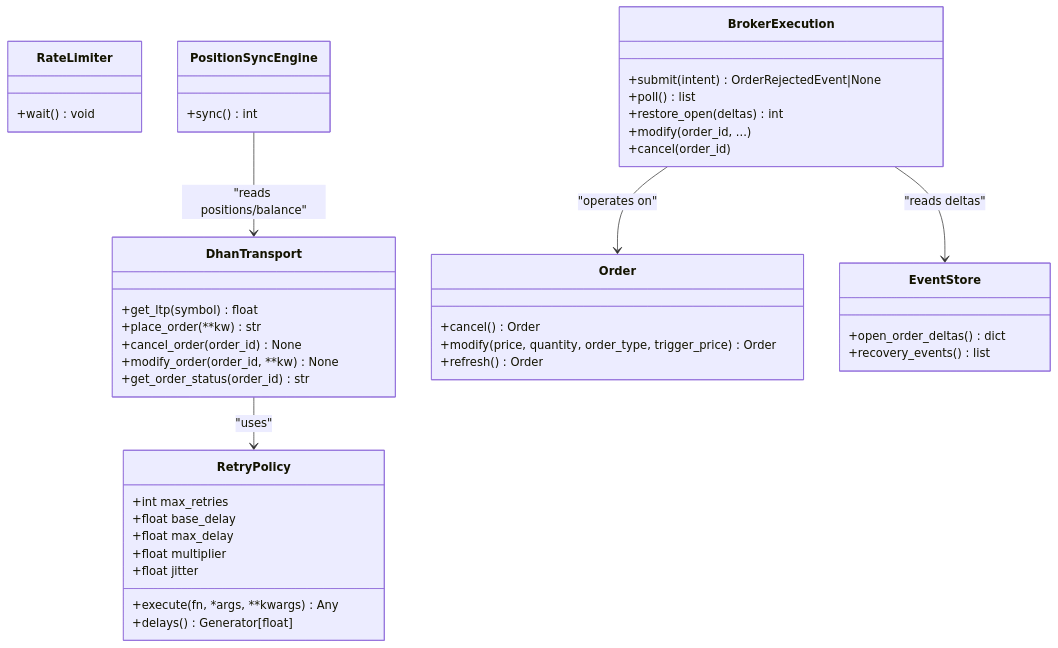
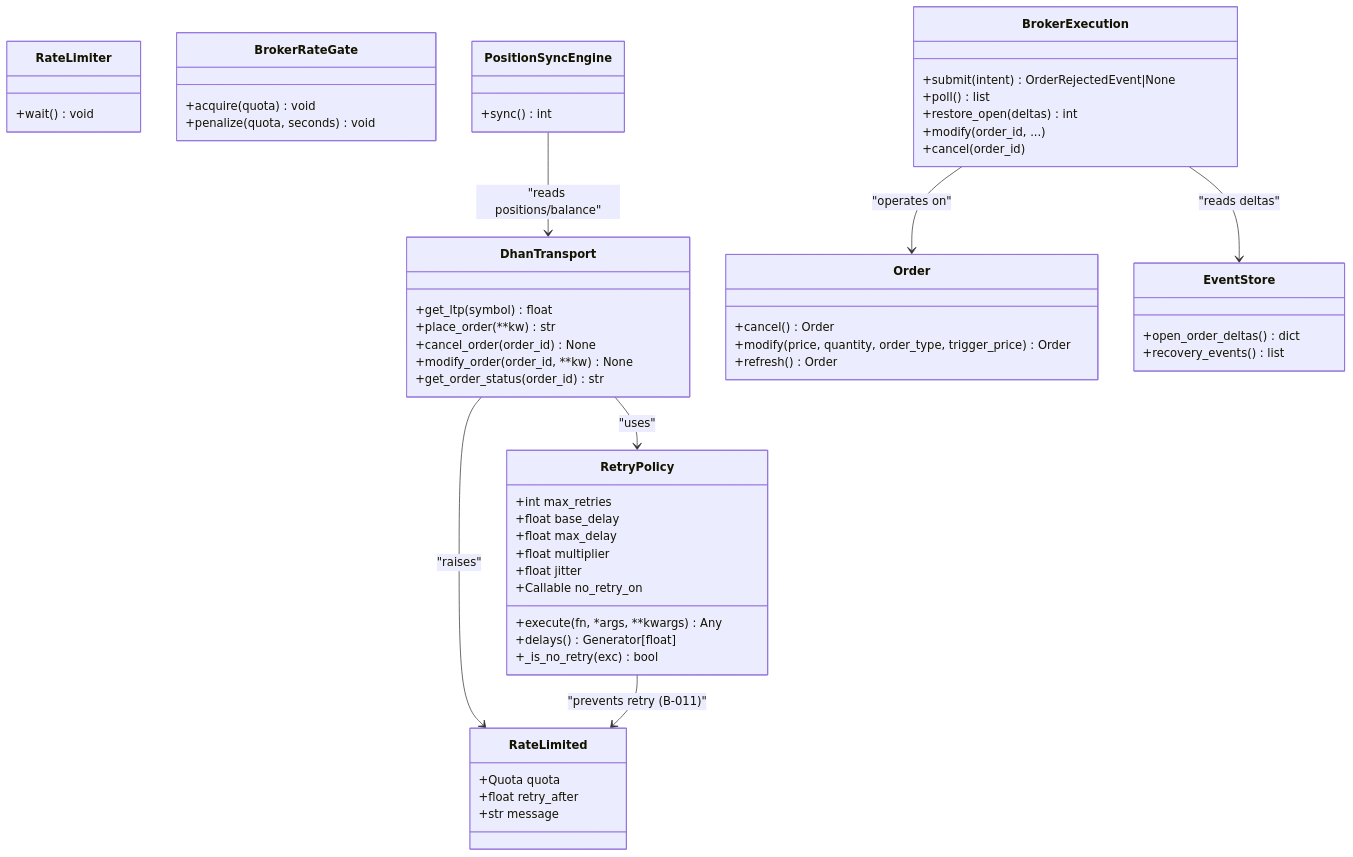
Before and after one commit to Ganesh-Kusundal/nTrade: the third of 3 diagrams in .qoder/repowiki/en/content/Order Management/Retry Logic & Idempotent Operations.md, drawn with Mermaid. The commit also changed other lines of this file and 203 other files, not shown here.

First line of the commit message:
review findings sweep: depth retry, LTP failure guard, stale-refresh fix, rate-gate blocked heuristic

````diff
--- a/.qoder/repowiki/en/content/Order Management/Retry Logic & Idempotent Operations.md
+++ b/.qoder/repowiki/en/content/Order Management/Retry Logic & Idempotent Operations.md
@@ -299,45 +377,58 @@
 ```mermaid
 classDiagram
 class RetryPolicy {
 +int max_retries
 +float base_delay
 +float max_delay
 +float multiplier
 +float jitter
++Callable no_retry_on
 +execute(fn, *args, **kwargs) Any
 +delays() Generator[float]
++_is_no_retry(exc) bool
 }
 class RateLimiter {
 +wait() void
+}
+class RateLimited {
++Quota quota
++float retry_after
++str message
+}
+class BrokerRateGate {
++acquire(quota) void
++penalize(quota, seconds) void
 }
 class DhanTransport {
 +get_ltp(symbol) float
 +place_order(**kw) str
 +cancel_order(order_id) None
 +modify_order(order_id, **kw) None
 +get_order_status(order_id) str
 }
 class BrokerExecution {
 +submit(intent) OrderRejectedEvent|None
 +poll() list
 +restore_open(deltas) int
 +modify(order_id, ...)
 +cancel(order_id)
 }
 class Order {
 +cancel() Order
 +modify(price, quantity, order_type, trigger_price) Order
 +refresh() Order
 }
 class EventStore {
 +open_order_deltas() dict
 +recovery_events() list
 }
 class PositionSyncEngine {
 +sync() int
 }
 DhanTransport --> RetryPolicy : "uses"
+DhanTransport --> RateLimited : "raises"
+RetryPolicy --> RateLimited : "prevents retry (B-011)"
 BrokerExecution --> Order : "operates on"
 BrokerExecution --> EventStore : "reads deltas"
 PositionSyncEngine --> DhanTransport : "reads positions/balance"
 ```
````
